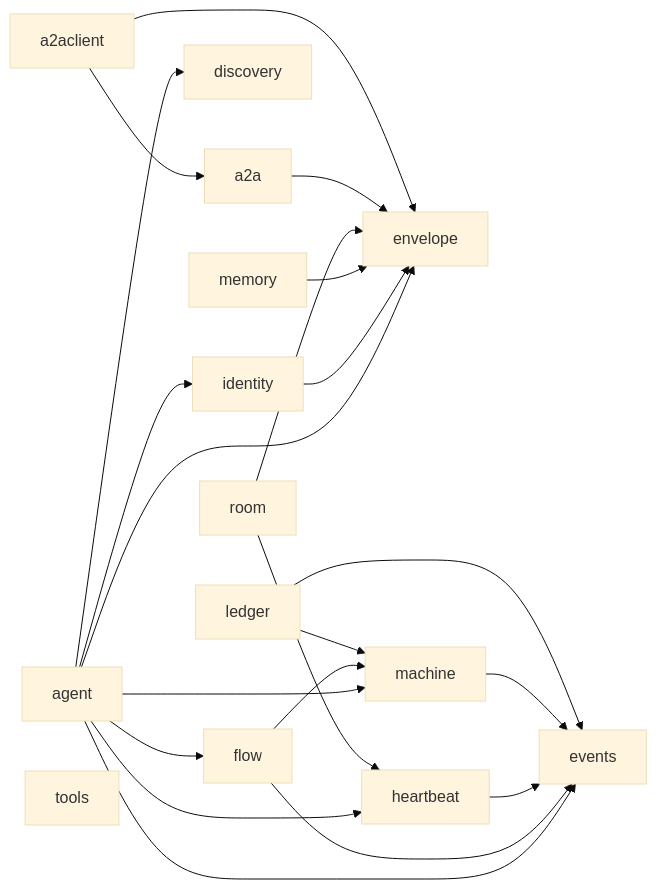
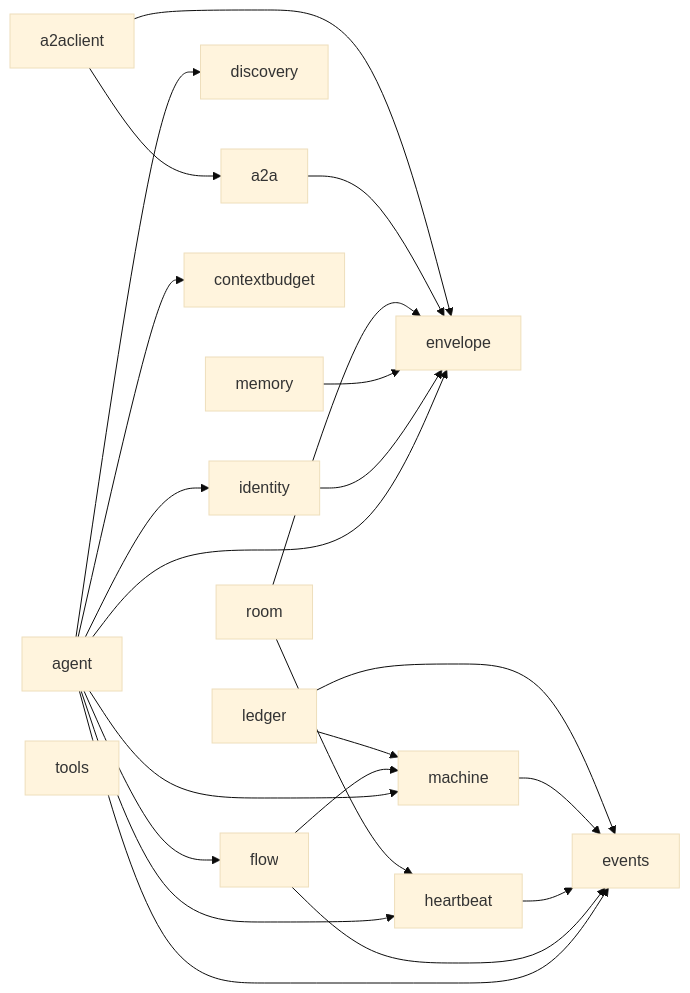
Before and after one commit to MiviaLabs/mivia-ai-sdk: the first of 2 diagrams in docs/architecture.md, drawn with Mermaid (base theme). The commit also changed other lines of this file and 21 other files, not shown here.

First line of the commit message:
feat(contextbudget): add context budget limits, wire into agent.Run

````diff
--- a/docs/architecture.md
+++ b/docs/architecture.md
@@ -25,27 +25,29 @@
 ```mermaid
 flowchart LR
     agent --> identity
     agent --> discovery
     agent --> flow
     agent --> envelope
     agent --> events
     agent --> machine
     agent --> heartbeat
+    agent --> contextbudget
     flow --> events
     flow --> machine
     heartbeat --> events
     identity --> envelope
     machine --> events
     ledger --> machine
     ledger --> events
     memory --> envelope
     room --> envelope
     room --> heartbeat
     a2a --> envelope
     a2aclient --> a2a
     a2aclient --> envelope
+    contextbudget[contextbudget]
     discovery[discovery]
     envelope[envelope]
     events[events]
     tools[tools]
 ```
````
